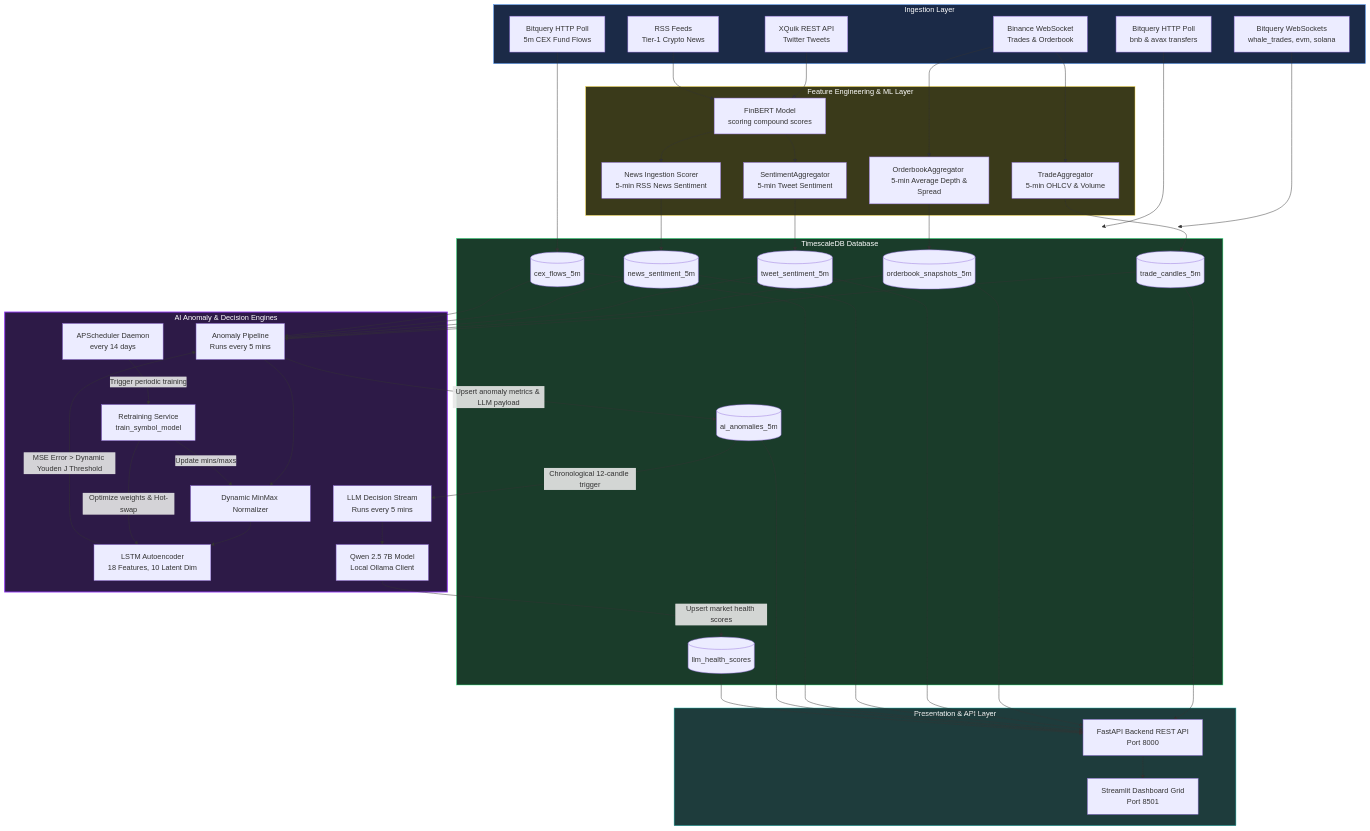
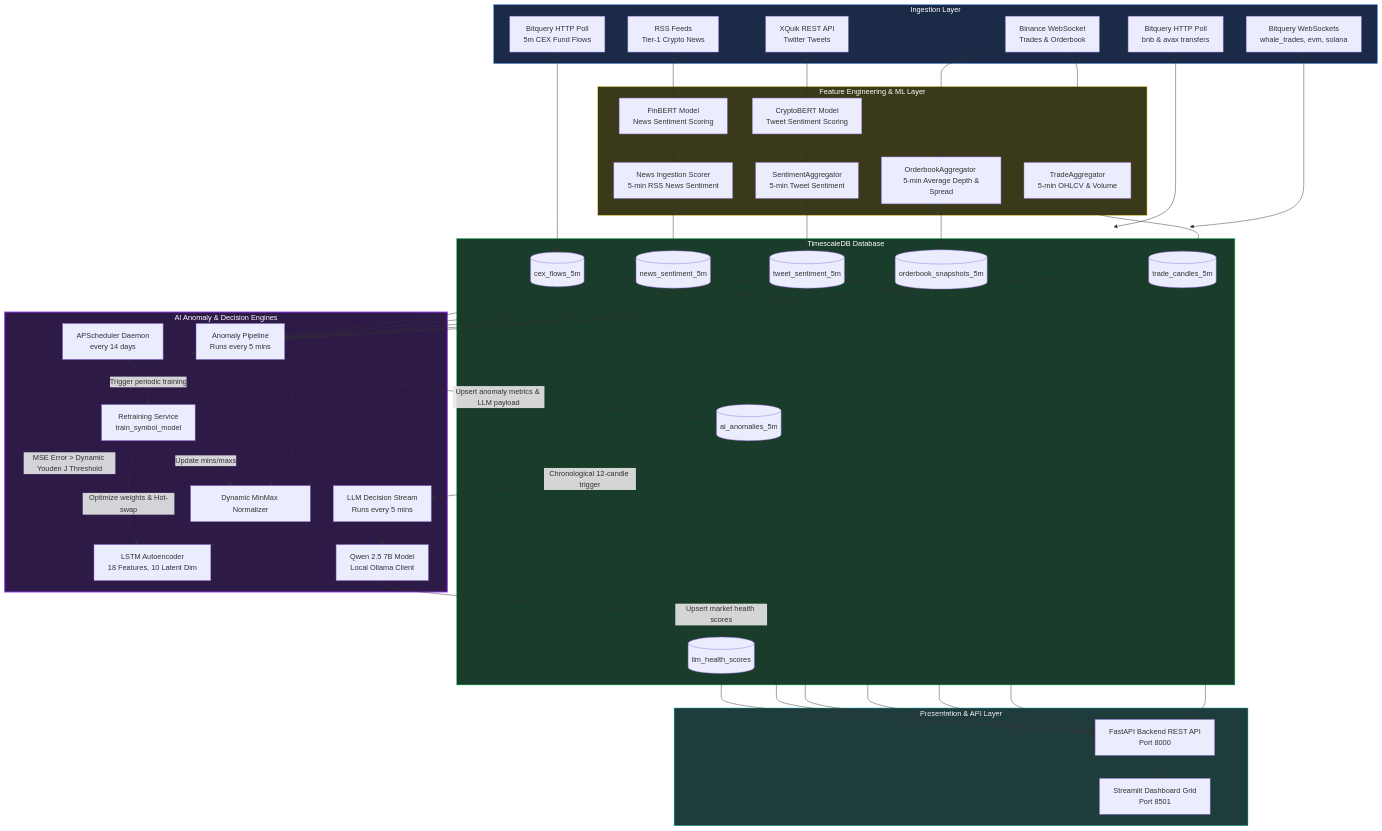
The diagram in README.md (ErkanIsikB/CryptoSense), drawn with Mermaid before and after one commit. The commit also changed other lines of this file, not shown here.

```diff
--- a/README.md
+++ b/README.md
@@ -26,7 +26,8 @@
         OA[OrderbookAggregator <br/> 5-min Average Depth & Spread]
         SA[SentimentAggregator <br/> 5-min Tweet Sentiment]
         NA[News Ingestion Scorer <br/> 5-min RSS News Sentiment]
-        FS[FinBERT Model <br/> scoring compound scores]
+        CB[CryptoBERT Model <br/> Tweet Sentiment Scoring]
+        FB[FinBERT Model <br/> News Sentiment Scoring]
     end
 
     %% Database Layer
@@ -62,8 +63,8 @@
     %% Flows
     BWS --> TA
     BWS --> OA
-    XQ --> FS --> SA
-    RSS --> FS --> NA
+    XQ --> CB --> SA
+    RSS --> FB --> NA
     B_CEX --> T_CF
     B_WS --> Storage
     B_HTTP --> Storage
```
